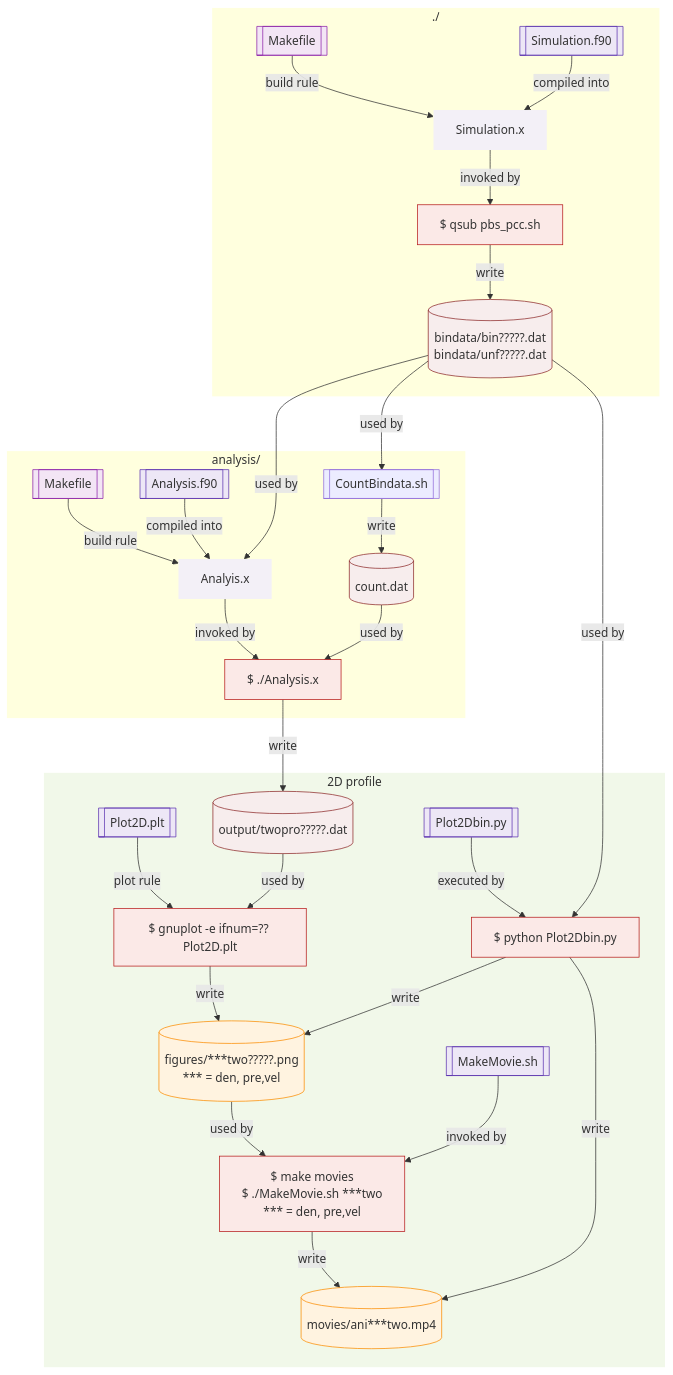
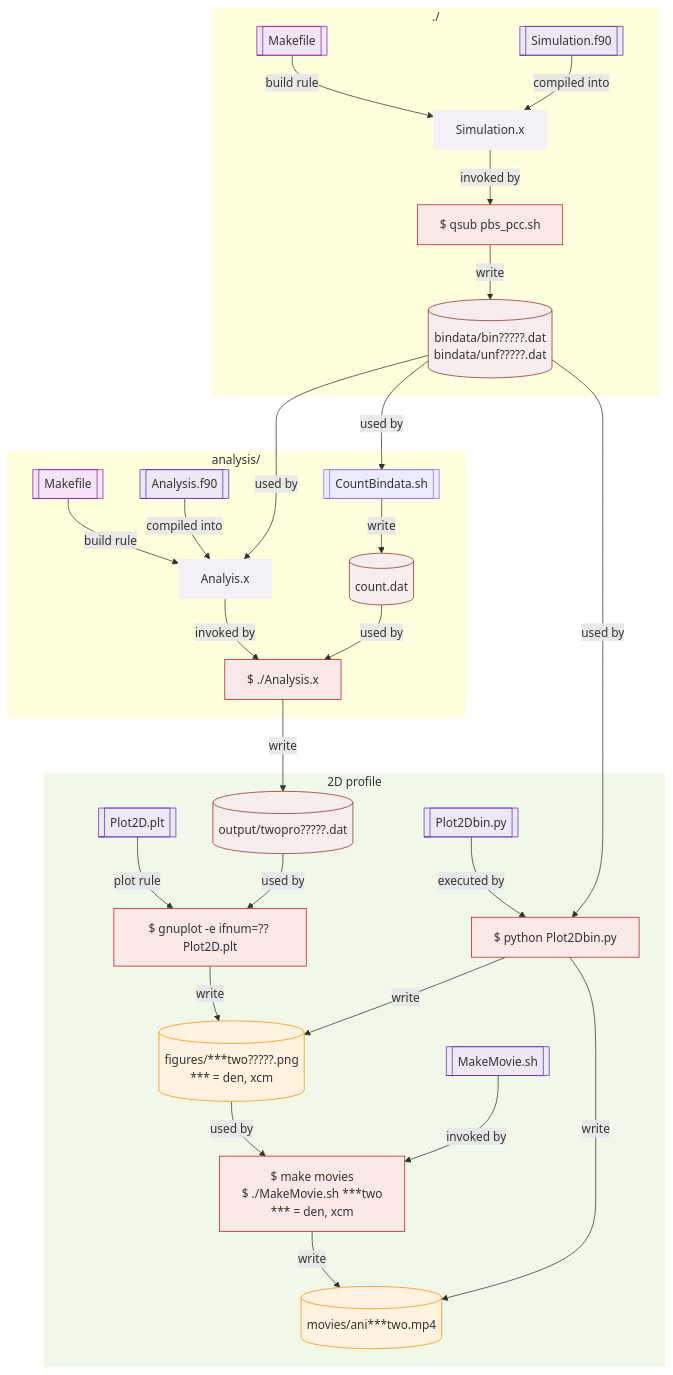
The diagram in StellarShockRT2D/README.md (takiwaki/RayleighTaylorInstability), drawn with Mermaid before and after one commit.

````diff
--- a/StellarShockRT2D/README.md
+++ b/StellarShockRT2D/README.md
@@ -104,70 +104,70 @@
 ```mermaid
 flowchart TD
 　classDef data fill:#f7eded,stroke:#8e2a2a, stroke-width:1px
   classDef code fill:#ede7f6,stroke:#5e35b1
   classDef bin fill:#f3f0f7,stroke:#7e57c2, stroke:none
   classDef build fill:#f3e5f5,stroke:#8e24aa
   classDef cmd fill:#fbe9e7,stroke:#b71c1c
   classDef result fill:#fff3e0,stroke:#fb8c00
   classDef note fill:#fff,stroke:#9e9e9e,stroke-dasharray: 5 5,color:#616161
 
   subgraph A["./"]
     A0[[Makefile]]:::build
     A1[[Simulation.f90]]:::code
     A0 -- build rule --> A2
     A1 -- compiled into --> A2
     A2[Simulation.x]:::bin
     A3["$ qsub pbs_pcc.sh"]:::cmd
     A2 -- invoked by --> A3
     A4[(bindata/bin?????.dat <br> bindata/unf?????.dat )]:::data
     A3 -- write --> A4
   end
     style A stroke:none
   subgraph B["analysis/"]
     B0[[Makefile]]:::build
     B1[[Analysis.f90]]:::code
     B0 -- build rule --> B2
     B1 -- compiled into --> B2
     B2[Analyis.x]:::bin
     B1-1[[CountBindata.sh]]
     A4 -- used by --> B1-1
     B1-1 -- write --> B1-2
     B1-2[(count.dat)]:::data
     A4 -- used by --> B2
     B3["$ ./Analysis.x"]:::cmd
     B2 -- invoked by --> B3
     B1-2 -- used by --> B3
   end
     style B stroke:none
 
   subgraph 2D["2D profile"]
     B4[(output/twopro?????.dat)]:::data
     B3 -- write --> B4
     B6[[Plot2D.plt]]:::code
     B6 -- plot rule --> B7
     B7["$ gnuplot -e ifnum=?? Plot2D.plt"]:::cmd
     B4 -- used by --> B7
-    B8[(figures/***two?????.png <br> *** = den, pre,vel)]:::result
+    B8[(figures/***two?????.png <br> *** = den, xcm)]:::result
     B7 -- write --> B8
 
     B18[[MakeMovie.sh]]:::code
-    B19["$ make movies <br>$ ./MakeMovie.sh ***two <br> *** = den, pre,vel"]:::cmd
+    B19["$ make movies <br>$ ./MakeMovie.sh ***two <br> *** = den, xcm"]:::cmd
     B8 -- used by --> B19
     B18 -- invoked by --> B19
     B19 -- write --> B20
     B20[(movies/ani***two.mp4)]:::result
 
     B22[[Plot2Dbin.py]]:::code
     B22 -- executed by --> B21
     B21["$ python Plot2Dbin.py"]:::cmd
     A4 -- used by --> B21
     B21 -- write --> B8
     B21 -- write --> B20
 
    end
     style 2D fill:#f1f8e9,stroke:#558b2f, stroke:none
 
 
 
 
 ```
````
